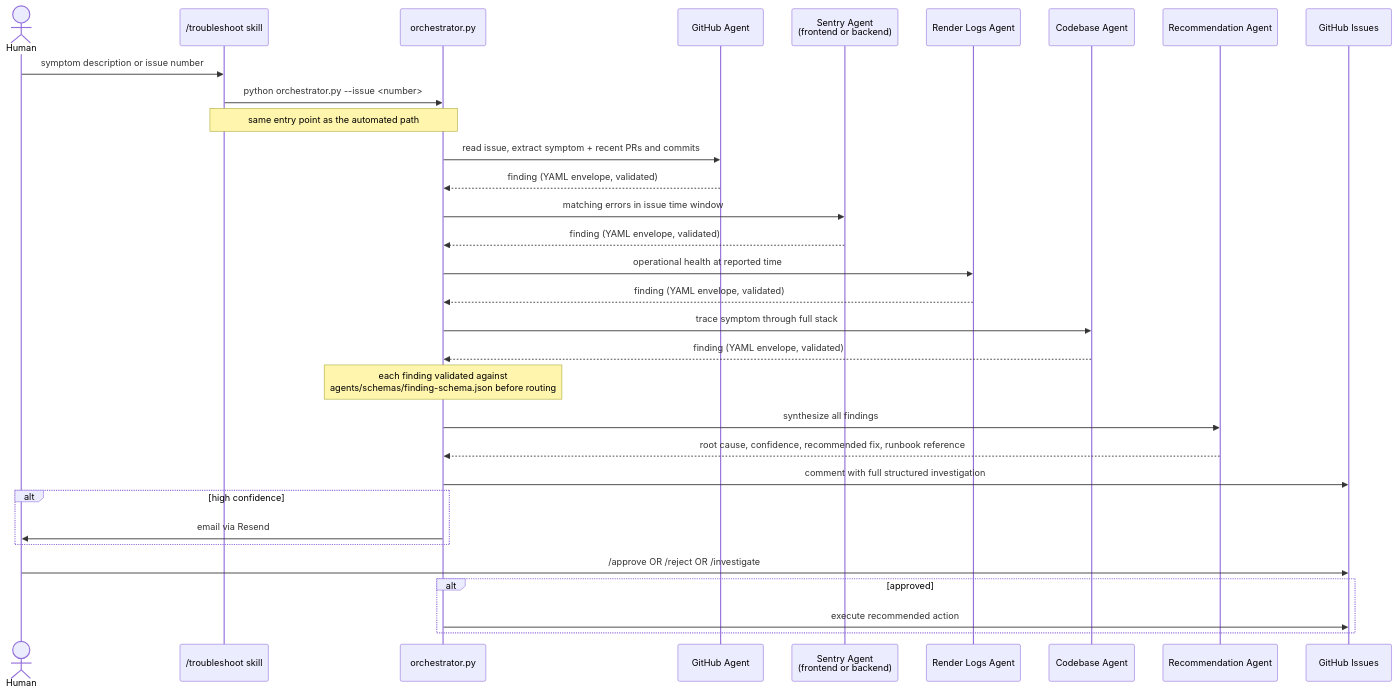
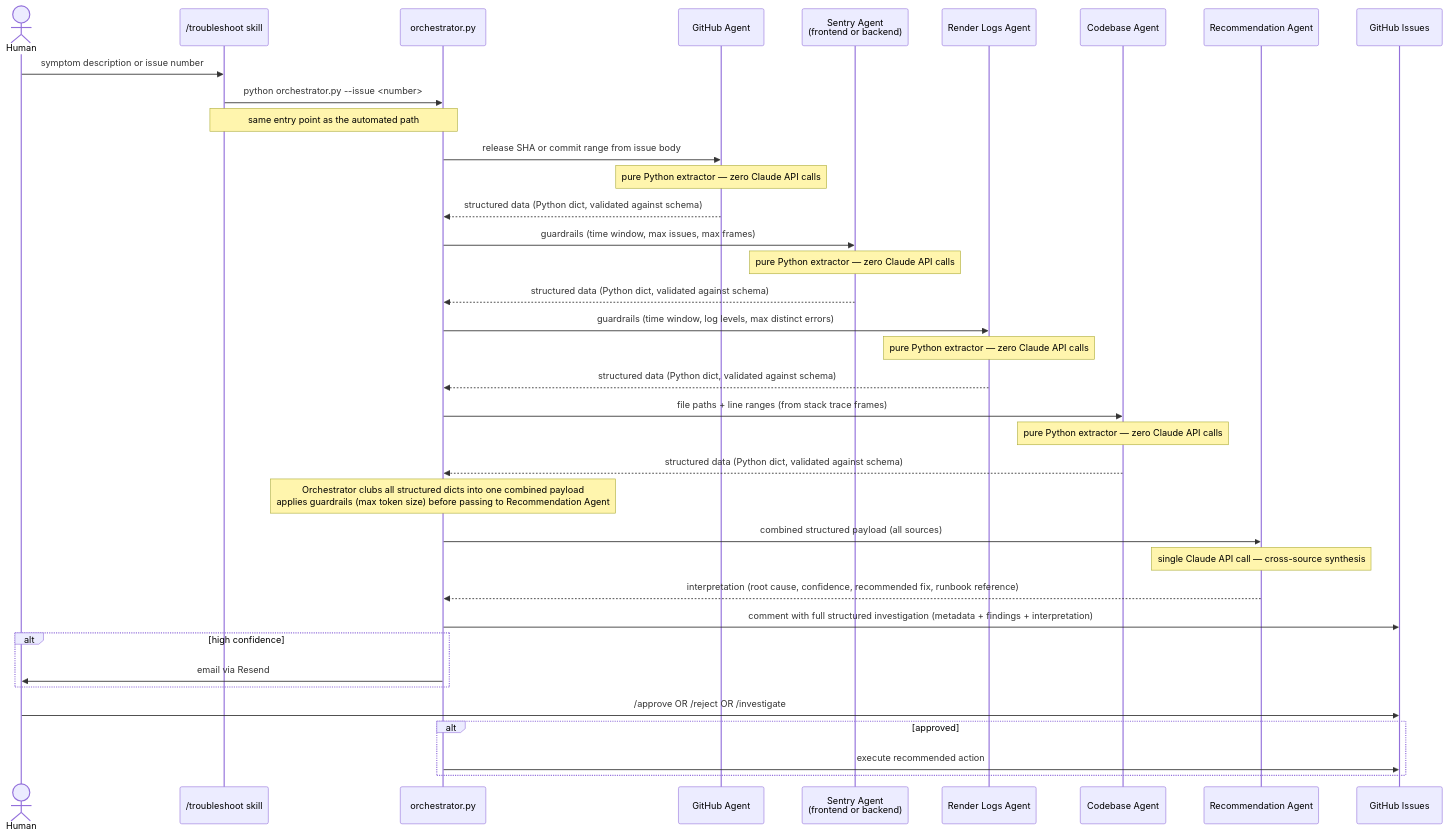
One commit to vikasparth/restaurant-main changed the fourth of 4 diagrams in docs/engineering-practices/agent-architecture.md. Above: the diagram before and after it, drawn with Mermaid. The commit also changed other lines of this file, not shown here.

````diff
--- a/docs/engineering-practices/agent-architecture.md
+++ b/docs/engineering-practices/agent-architecture.md
@@ -719,36 +723,41 @@
 ```mermaid
 sequenceDiagram
     actor Human as Human
     participant Skill as /troubleshoot skill
     participant Orch as orchestrator.py
     participant GHAgent as GitHub Agent
     participant SAgent as Sentry Agent<br/>(frontend or backend)
     participant Render as Render Logs Agent
     participant Code as Codebase Agent
     participant Rec as Recommendation Agent
     participant GH as GitHub Issues
 
     Human->>Skill: symptom description or issue number
     Skill->>Orch: python orchestrator.py --issue <number>
     Note over Skill,Orch: same entry point as the automated path
 
-    Orch->>GHAgent: read issue, extract symptom + recent PRs and commits
-    GHAgent-->>Orch: finding (YAML envelope, validated)
-    Orch->>SAgent: matching errors in issue time window
-    SAgent-->>Orch: finding (YAML envelope, validated)
-    Orch->>Render: operational health at reported time
-    Render-->>Orch: finding (YAML envelope, validated)
-    Orch->>Code: trace symptom through full stack
-    Code-->>Orch: finding (YAML envelope, validated)
-    Note over Orch: each finding validated against<br/>agents/schemas/finding-schema.json before routing
-    Orch->>Rec: synthesize all findings
-    Rec-->>Orch: root cause, confidence, recommended fix, runbook reference
-    Orch->>GH: comment with full structured investigation
+    Orch->>GHAgent: release SHA or commit range from issue body
+    Note over GHAgent: pure Python extractor — zero Claude API calls
+    GHAgent-->>Orch: structured data (Python dict, validated against schema)
+    Orch->>SAgent: guardrails (time window, max issues, max frames)
+    Note over SAgent: pure Python extractor — zero Claude API calls
+    SAgent-->>Orch: structured data (Python dict, validated against schema)
+    Orch->>Render: guardrails (time window, log levels, max distinct errors)
+    Note over Render: pure Python extractor — zero Claude API calls
+    Render-->>Orch: structured data (Python dict, validated against schema)
+    Orch->>Code: file paths + line ranges (from stack trace frames)
+    Note over Code: pure Python extractor — zero Claude API calls
+    Code-->>Orch: structured data (Python dict, validated against schema)
+    Note over Orch: Orchestrator clubs all structured dicts into one combined payload<br/>applies guardrails (max token size) before passing to Recommendation Agent
+    Orch->>Rec: combined structured payload (all sources)
+    Note over Rec: single Claude API call — cross-source synthesis
+    Rec-->>Orch: interpretation (root cause, confidence, recommended fix, runbook reference)
+    Orch->>GH: comment with full structured investigation (metadata + findings + interpretation)
     alt high confidence
         Orch->>Human: email via Resend
     end
     Human->>GH: /approve OR /reject OR /investigate
     alt approved
         Orch->>GH: execute recommended action
     end
 ```
````
